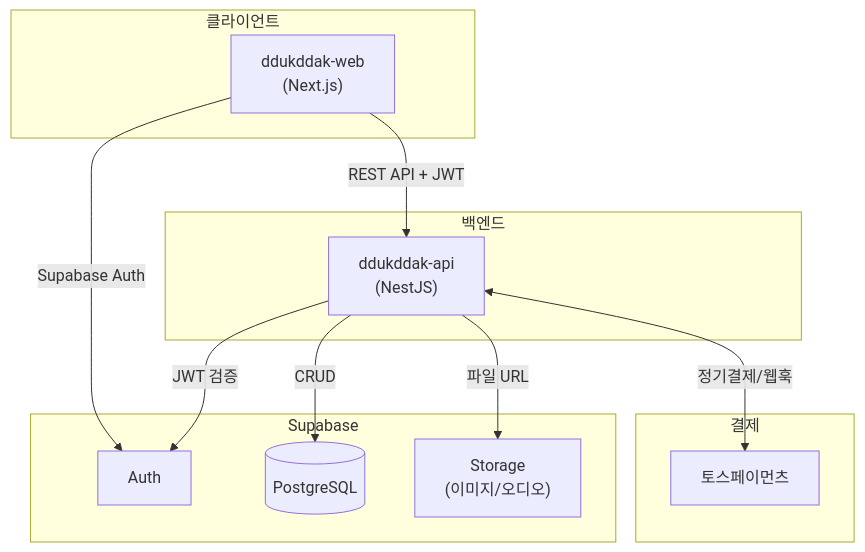
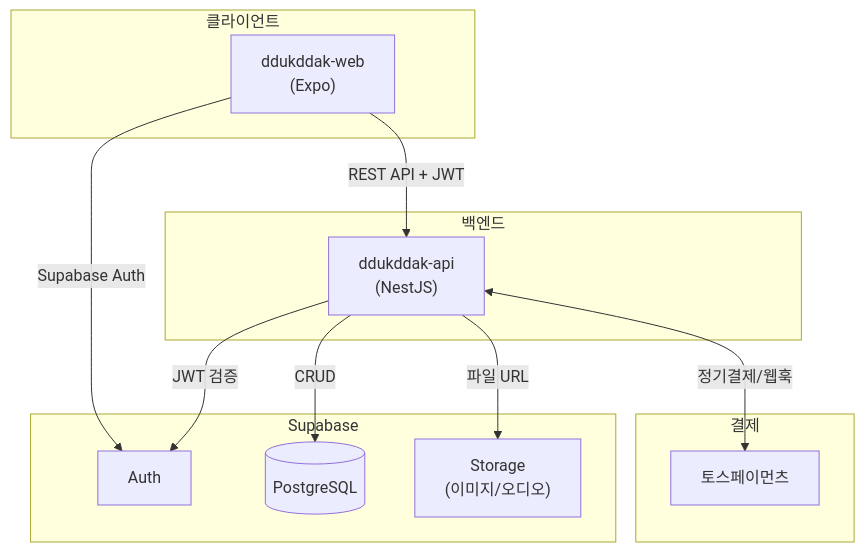
One commit to youngkim90/ddukddak-api changed the first of 2 diagrams in CLAUDE.md. Above: the diagram before and after it, drawn with Mermaid. The commit also changed other lines of this file and 15 other files, not shown here.

First line of the commit message:
feat: add Phase 3 free mode, schema migration, seed script (#4)

````diff
--- a/CLAUDE.md
+++ b/CLAUDE.md
@@ -55,27 +55,27 @@
 ```mermaid
 flowchart TB
     subgraph Client["클라이언트"]
-        WEB["ddukddak-web<br/>(Next.js)"]
+        WEB["ddukddak-web<br/>(Expo)"]
     end
 
     subgraph Backend["백엔드"]
         API["ddukddak-api<br/>(NestJS)"]
     end
 
     subgraph Supabase["Supabase"]
         AUTH["Auth"]
         DB[(PostgreSQL)]
         STORAGE["Storage<br/>(이미지/오디오)"]
     end
 
     subgraph Payment["결제"]
         TOSS["토스페이먼츠"]
     end
 
     WEB -->|"Supabase Auth"| AUTH
     WEB -->|"REST API + JWT"| API
     API -->|"JWT 검증"| AUTH
     API -->|"CRUD"| DB
     API -->|"파일 URL"| STORAGE
     API <-->|"정기결제/웹훅"| TOSS
 ```
````
